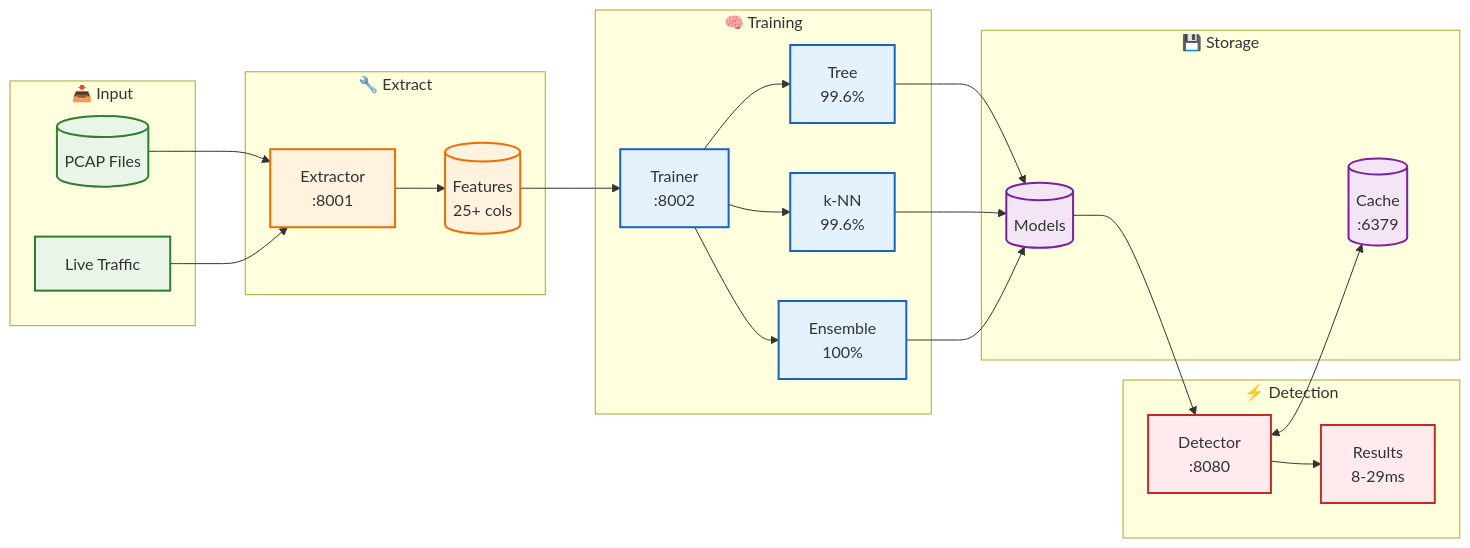
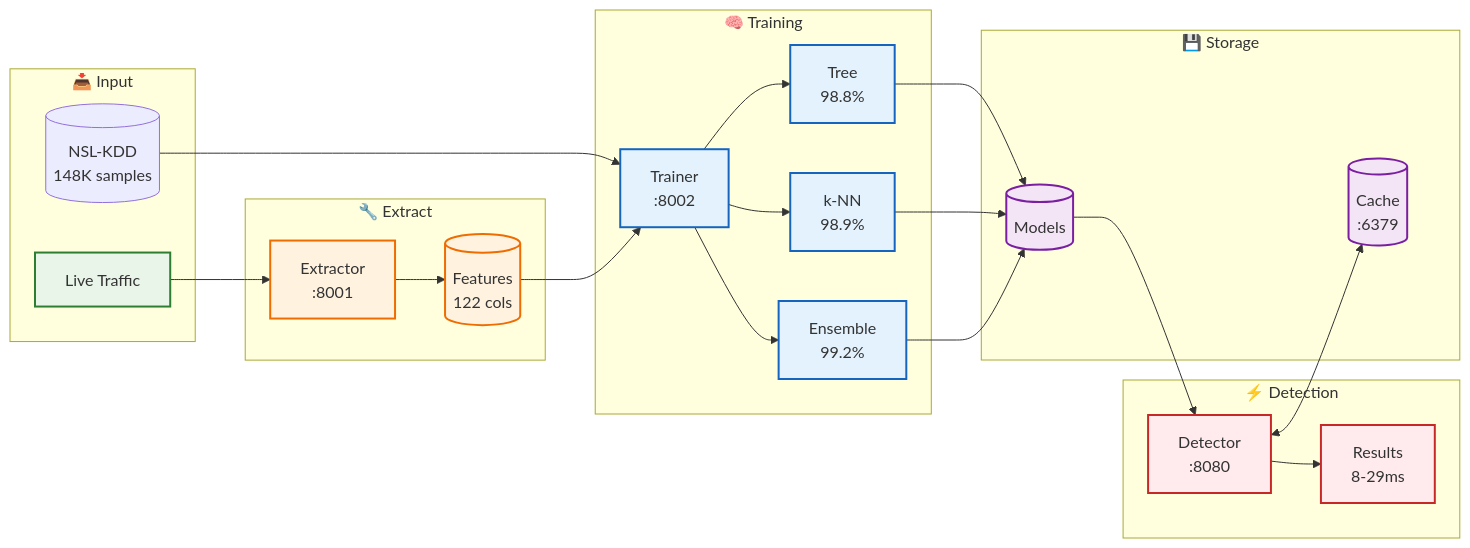
The third of 5 diagrams in README.md (holdennguyen/suricata-ml-ids), drawn with Mermaid before and after one commit. The commit also changed other lines of this file and 5 other files, not shown here.

````diff
--- a/README.md
+++ b/README.md
@@ -170,56 +170,56 @@
 ```mermaid
 flowchart LR
     subgraph INPUT ["📥 Input"]
-        PCAP[(PCAP Files)]
+        NSL[(NSL-KDD<br/>148K samples)]
         RT[Live Traffic]
     end
     
     subgraph EXTRACT ["🔧 Extract"]
         FE[Extractor<br/>:8001]
-        CSV[(Features<br/>25+ cols)]
+        CSV[(Features<br/>122 cols)]
         FE --> CSV
     end
     
     subgraph TRAIN ["🧠 Training"]
         MLT[Trainer<br/>:8002]
-        DT[Tree<br/>99.6%]
-        KNN[k-NN<br/>99.6%]
-        ENS[Ensemble<br/>100%]
+        DT[Tree<br/>98.8%]
+        KNN[k-NN<br/>98.9%]
+        ENS[Ensemble<br/>99.2%]
         
         MLT --> DT
         MLT --> KNN
         MLT --> ENS
     end
     
     subgraph DETECT ["⚡ Detection"]
         RD[Detector<br/>:8080]
         PRED[Results<br/>8-29ms]
         RD --> PRED
     end
     
     subgraph STORAGE ["💾 Storage"]
         Redis[(Cache<br/>:6379)]
         MODELS[(Models)]
     end
     
-    PCAP --> FE
+    NSL --> MLT
     RT --> FE
     CSV --> MLT
     DT --> MODELS
     KNN --> MODELS
     ENS --> MODELS
     MODELS --> RD
     RD <--> Redis
     
     classDef input fill:#e8f5e8,stroke:#2e7d32,stroke-width:2px
     classDef extract fill:#fff3e0,stroke:#ef6c00,stroke-width:2px
     classDef train fill:#e3f2fd,stroke:#1565c0,stroke-width:2px
     classDef detect fill:#ffebee,stroke:#c62828,stroke-width:2px
     classDef storage fill:#f3e5f5,stroke:#7b1fa2,stroke-width:2px
     
     class PCAP,RT input
     class FE,CSV extract
     class MLT,DT,KNN,ENS train
     class RD,PRED detect
     class Redis,MODELS storage
 ```
````
